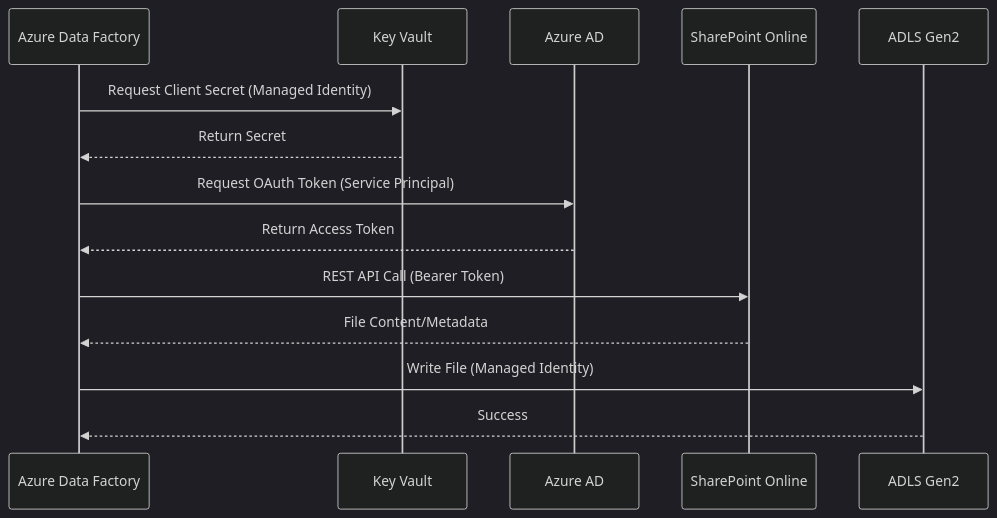
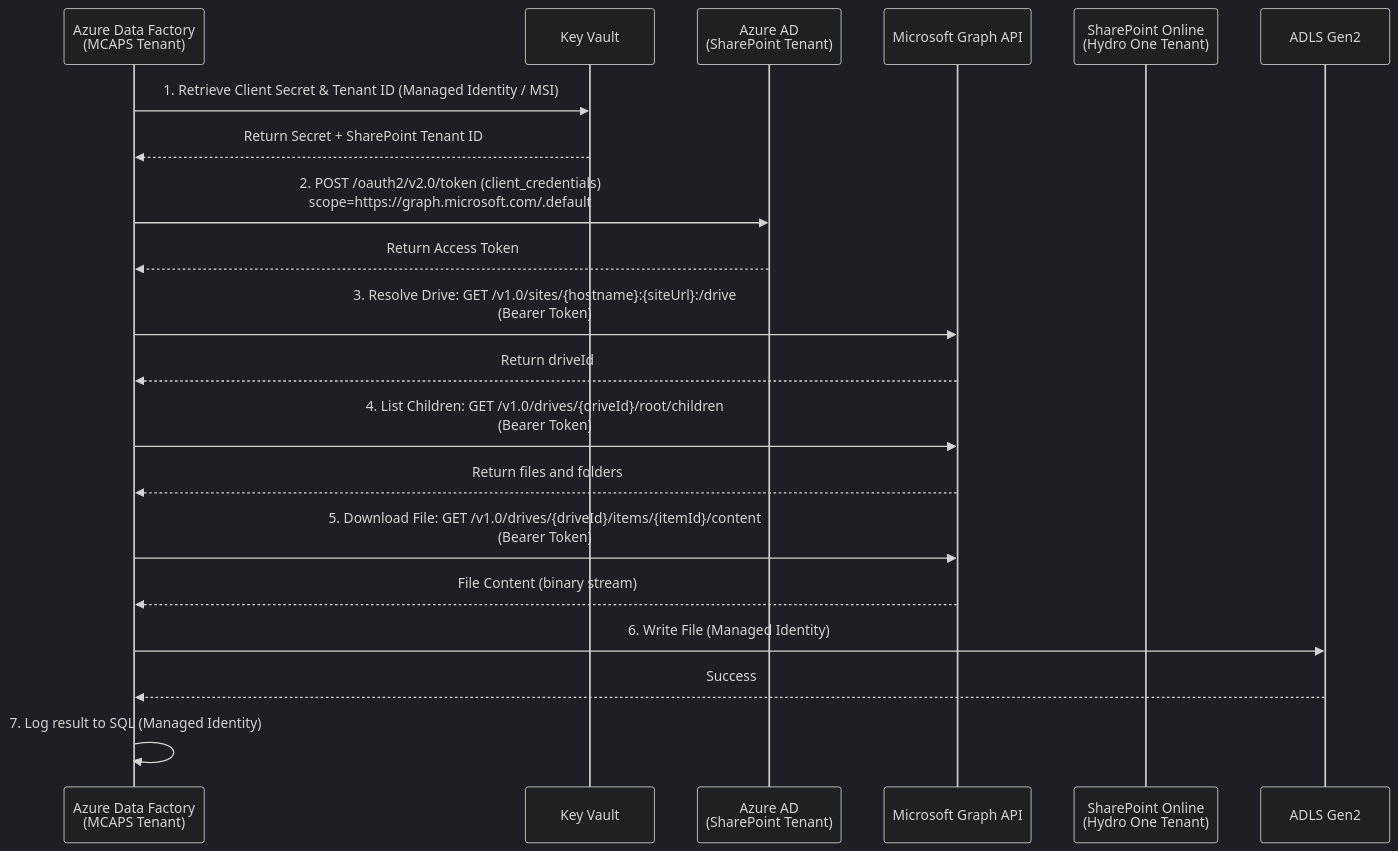
Before and after one commit to anurag251294/desktop-tutorial: the second of 5 diagrams in hydro-one-sharepoint-migration-poc/docs/architecture.md, drawn with Mermaid (dark theme). The commit also changed other lines of this file and 1 other file, not shown here.

````diff
--- a/hydro-one-sharepoint-migration-poc/docs/architecture.md
+++ b/hydro-one-sharepoint-migration-poc/docs/architecture.md
@@ -129,17 +160,23 @@
 ```mermaid
 sequenceDiagram
-    participant ADF as Azure Data Factory
+    participant ADF as Azure Data Factory<br/>(MCAPS Tenant)
     participant KV as Key Vault
-    participant AAD as Azure AD
-    participant SPO as SharePoint Online
+    participant AAD as Azure AD<br/>(SharePoint Tenant)
+    participant GRAPH as Microsoft Graph API
+    participant SPO as SharePoint Online<br/>(Hydro One Tenant)
     participant ADLS as ADLS Gen2
 
-    ADF->>KV: Request Client Secret (Managed Identity)
-    KV-->>ADF: Return Secret
-    ADF->>AAD: Request OAuth Token (Service Principal)
+    ADF->>KV: 1. Retrieve Client Secret & Tenant ID (Managed Identity / MSI)
+    KV-->>ADF: Return Secret + SharePoint Tenant ID
+    ADF->>AAD: 2. POST /oauth2/v2.0/token (client_credentials)<br/>scope=https://graph.microsoft.com/.default
     AAD-->>ADF: Return Access Token
-    ADF->>SPO: REST API Call (Bearer Token)
-    SPO-->>ADF: File Content/Metadata
-    ADF->>ADLS: Write File (Managed Identity)
+    ADF->>GRAPH: 3. Resolve Drive: GET /v1.0/sites/{hostname}:{siteUrl}:/drive<br/>(Bearer Token)
+    GRAPH-->>ADF: Return driveId
+    ADF->>GRAPH: 4. List Children: GET /v1.0/drives/{driveId}/root/children<br/>(Bearer Token)
+    GRAPH-->>ADF: Return files and folders
+    ADF->>GRAPH: 5. Download File: GET /v1.0/drives/{driveId}/items/{itemId}/content<br/>(Bearer Token)
+    GRAPH-->>ADF: File Content (binary stream)
+    ADF->>ADLS: 6. Write File (Managed Identity)
     ADLS-->>ADF: Success
+    ADF->>ADF: 7. Log result to SQL (Managed Identity)
 ```
````
